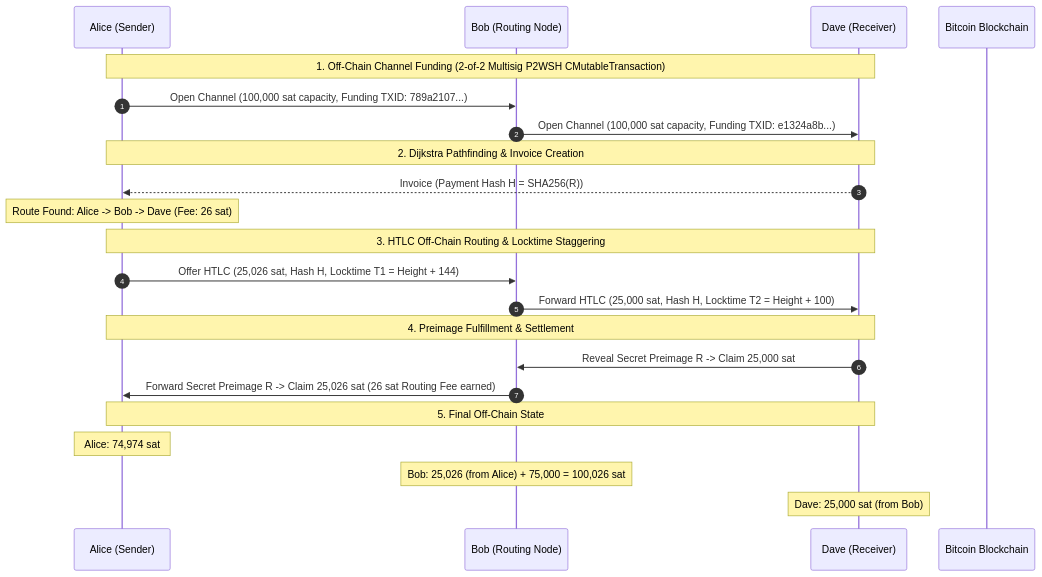
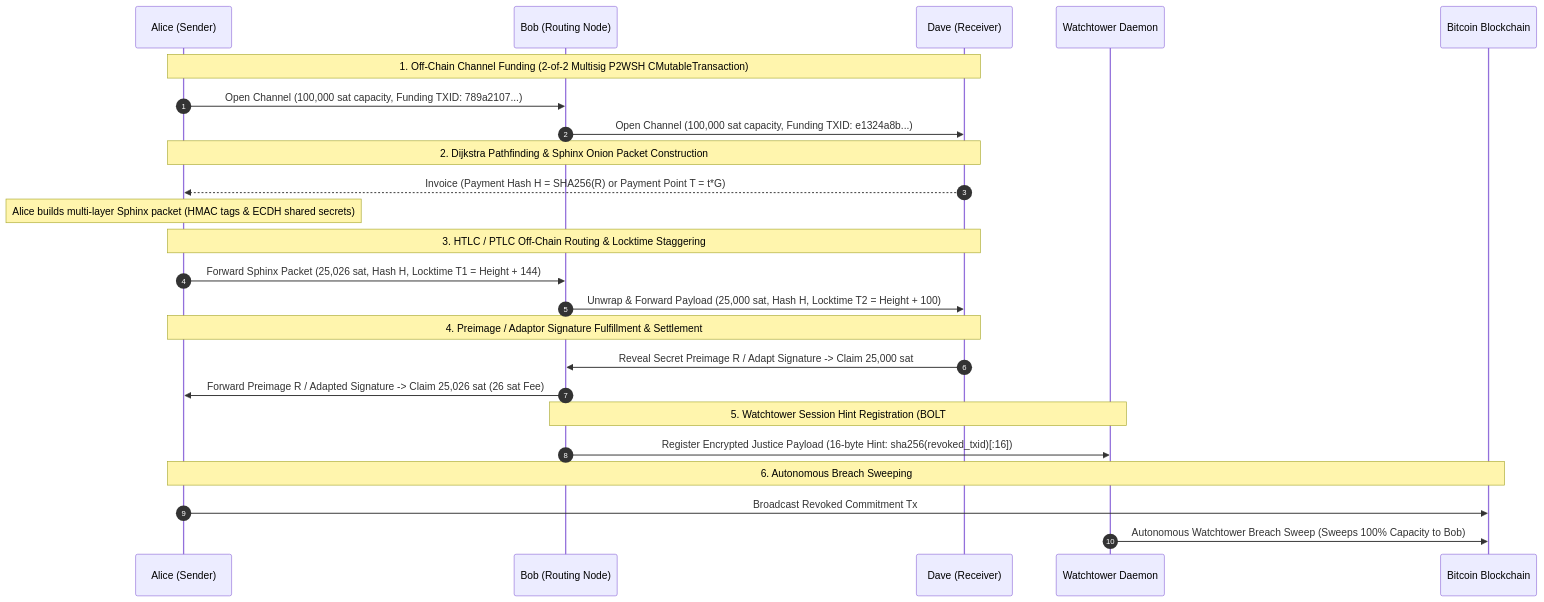
One commit to Seintian/unito-blockchain-25-26-payment-communities changed the diagram in README.md. Above: the diagram before and after it, drawn with Mermaid. The commit also changed other lines of this file and 1 other file, not shown here.

Commit message:
docs: update CLI demos and README documentation for all 11 layer-2 protocols

````diff
--- a/README.md
+++ b/README.md
@@ -34,29 +44,32 @@
 ```mermaid
 sequenceDiagram
     autonumber
     participant Alice as Alice (Sender)
     participant Bob as Bob (Routing Node)
     participant Dave as Dave (Receiver)
+    participant WT as Watchtower Daemon
     participant BTC as Bitcoin Blockchain
 
     Note over Alice, Dave: 1. Off-Chain Channel Funding (2-of-2 Multisig P2WSH CMutableTransaction)
     Alice->>Bob: Open Channel (100,000 sat capacity, Funding TXID: 789a2107...)
     Bob->>Dave: Open Channel (100,000 sat capacity, Funding TXID: e1324a8b...)
 
-    Note over Alice, Dave: 2. Dijkstra Pathfinding & Invoice Creation
-    Dave-->>Alice: Invoice (Payment Hash H = SHA256(R))
-    Note over Alice: Route Found: Alice -> Bob -> Dave (Fee: 26 sat)
+    Note over Alice, Dave: 2. Dijkstra Pathfinding & Sphinx Onion Packet Construction
+    Dave-->>Alice: Invoice (Payment Hash H = SHA256(R) or Payment Point T = t*G)
+    Note over Alice: Alice builds multi-layer Sphinx packet (HMAC tags & ECDH shared secrets)
 
-    Note over Alice, Dave: 3. HTLC Off-Chain Routing & Locktime Staggering
-    Alice->>Bob: Offer HTLC (25,026 sat, Hash H, Locktime T1 = Height + 144)
-    Bob->>Dave: Forward HTLC (25,000 sat, Hash H, Locktime T2 = Height + 100)
+    Note over Alice, Dave: 3. HTLC / PTLC Off-Chain Routing & Locktime Staggering
+    Alice->>Bob: Forward Sphinx Packet (25,026 sat, Hash H, Locktime T1 = Height + 144)
+    Bob->>Dave: Unwrap & Forward Payload (25,000 sat, Hash H, Locktime T2 = Height + 100)
 
-    Note over Alice, Dave: 4. Preimage Fulfillment & Settlement
-    Dave->>Bob: Reveal Secret Preimage R -> Claim 25,000 sat
-    Bob->>Alice: Forward Secret Preimage R -> Claim 25,026 sat (26 sat Routing Fee earned)
+    Note over Alice, Dave: 4. Preimage / Adaptor Signature Fulfillment & Settlement
+    Dave->>Bob: Reveal Secret Preimage R / Adapt Signature -> Claim 25,000 sat
+    Bob->>Alice: Forward Preimage R / Adapted Signature -> Claim 25,026 sat (26 sat Fee)
 
-    Note over Alice, Dave: 5. Final Off-Chain State
-    Note over Alice: Alice: 74,974 sat
-    Note over Bob: Bob: 25,026 (from Alice) + 75,000 = 100,026 sat
-    Note over Dave: Dave: 25,000 sat (from Bob)
+    Note over Bob, WT: 5. Watchtower Session Hint Registration (BOLT #13)
+    Bob->>WT: Register Encrypted Justice Payload (16-byte Hint: sha256(revoked_txid)[:16])
+
+    Note over Alice, BTC: 6. Autonomous Breach Sweeping
+    Alice->>BTC: Broadcast Revoked Commitment Tx #1
+    WT->>BTC: Autonomous Watchtower Breach Sweep (Sweeps 100% Capacity to Bob)
 ```
````
